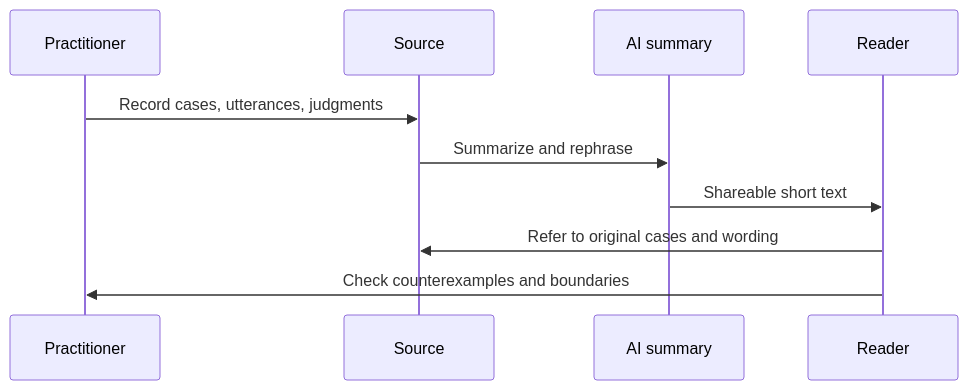
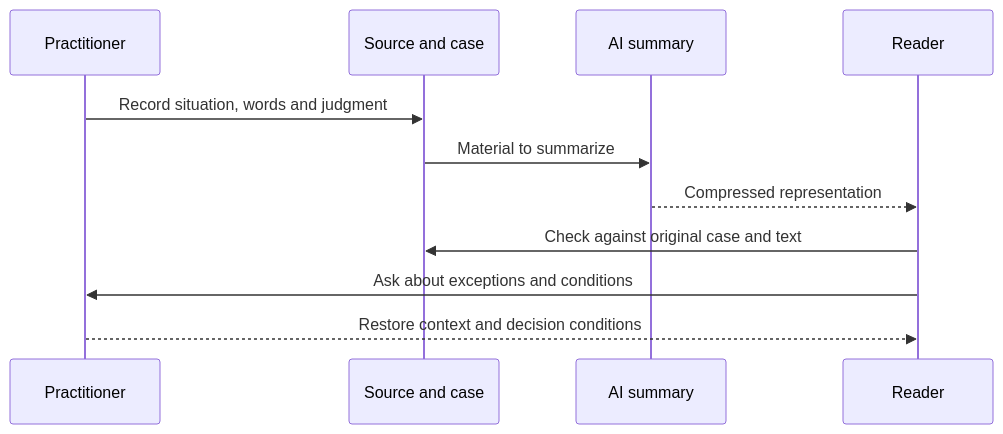
One commit to daylight55/research changed the third of 3 diagrams in articles/report/comprehensive-understanding-paraphrase-risk/en/index.mdx. Above: the diagram before and after it, drawn with Mermaid. The commit also changed other lines of this file and 181 other files, not shown here.

First line of the commit message:
全記事の図解368点を再生成し、共通注意書きを削除 (#402)

````diff
--- a/articles/report/comprehensive-understanding-paraphrase-risk/en/index.mdx
+++ b/articles/report/comprehensive-understanding-paraphrase-risk/en/index.mdx
@@ -137,12 +149,15 @@
 ```mermaid
 sequenceDiagram
+  accTitle: Check an AI summary against its source and practitioner
+  accDescr: Readers return from a summary to the original case and check counterexamples and conditions with the practitioner.
   participant P as Practitioner
-  participant S as Source
+  participant S as Source and case
   participant A as AI summary
   participant R as Reader
-  P->>S: Record cases, utterances, judgments
-  S->>A: Summarize and rephrase
-  A->>R: Shareable short text
-  R->>S: Refer to original cases and wording
-  R->>P: Check counterexamples and boundaries
+  P->>S: Record situation, words and judgment
+  S->>A: Material to summarize
+  A-->>R: Compressed representation
+  R->>S: Check against original case and text
+  R->>P: Ask about exceptions and conditions
+  P-->>R: Restore context and decision conditions
 ```
````
